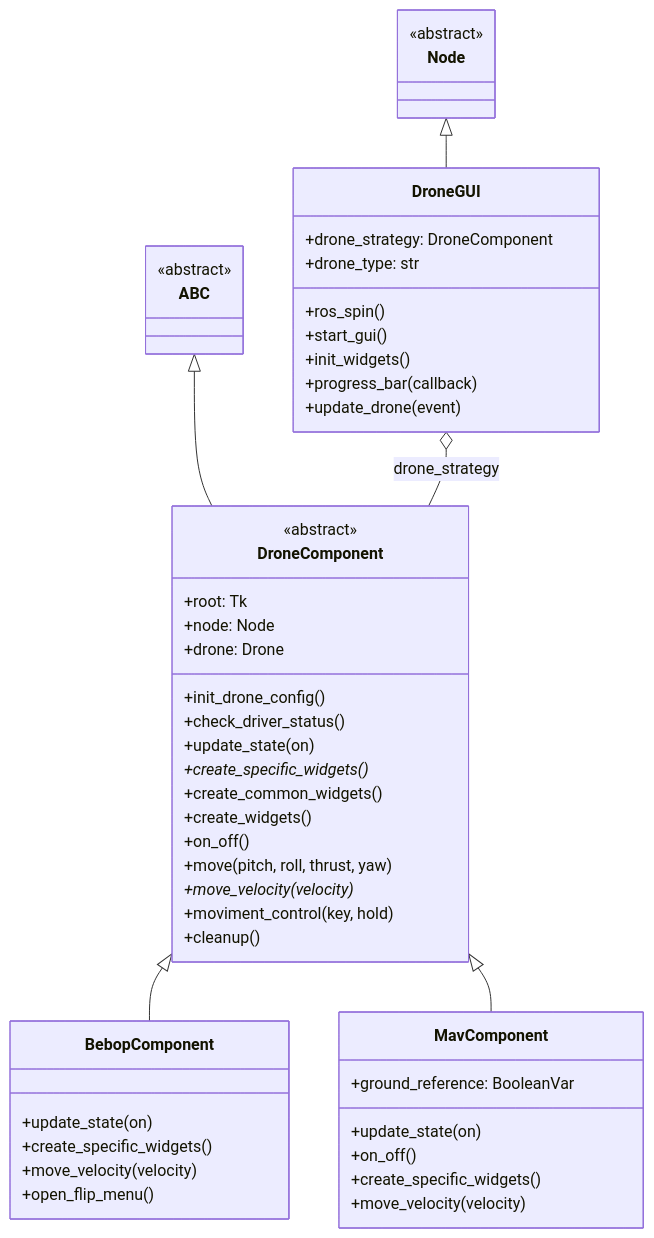
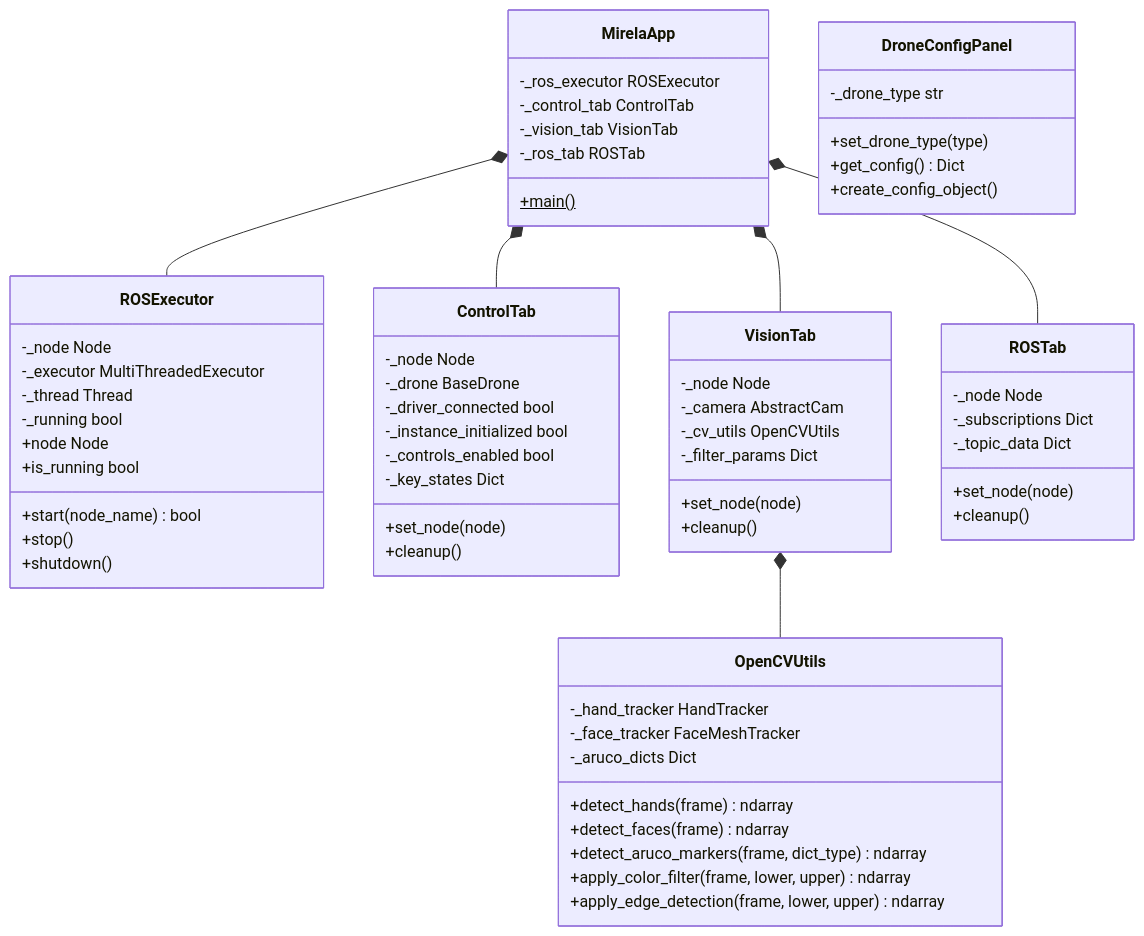
Before and after one commit to Black-Bee-Drones/nectar-sdk: the first of 3 diagrams in mirela_sdk/mirela_sdk/interface/README.md, drawn with Mermaid. The commit also changed other lines of this file, not shown here.

````diff
--- a/mirela_sdk/mirela_sdk/interface/README.md
+++ b/mirela_sdk/mirela_sdk/interface/README.md
@@ -24,59 +14,74 @@
 ```mermaid
 classDiagram
-    class Node {
-        <<abstract>>
+    class MirelaApp {
+        -_ros_executor ROSExecutor
+        -_control_tab ControlTab
+        -_vision_tab VisionTab
+        -_ros_tab ROSTab
+        +main()$
     }
     
-    class ABC {
-        <<abstract>>
+    class ROSExecutor {
+        -_node Node
+        -_executor MultiThreadedExecutor
+        -_thread Thread
+        -_running bool
+        +node Node
+        +is_running bool
+        +start(node_name) bool
+        +stop()
+        +shutdown()
     }
-    
-    class DroneComponent {
-        <<abstract>>
-        +root: Tk
-        +node: Node
-        +drone: Drone
-        +init_drone_config()
-        +check_driver_status()
-        +update_state(on)
-        +create_specific_widgets()*
-        +create_common_widgets()
-        +create_widgets()
-        +on_off()
-        +move(pitch, roll, thrust, yaw)
-        +move_velocity(velocity)*
-        +moviment_control(key, hold)
+
+    class ControlTab {
+        -_node Node
+        -_drone BaseDrone
+        -_driver_connected bool
+        -_instance_initialized bool
+        -_controls_enabled bool
+        -_key_states Dict
+        +set_node(node)
         +cleanup()
     }
 
-    class DroneGUI {
-        +drone_strategy: DroneComponent
-        +drone_type: str
-        +ros_spin()
-        +start_gui()
-        +init_widgets()
-        +progress_bar(callback)
-        +update_drone(event)
+    class DroneConfigPanel {
+        -_drone_type str
+        +set_drone_type(type)
+        +get_config() Dict
+        +create_config_object()
     }
 
-    class BebopComponent {
-        +update_state(on)
-        +create_specific_widgets()
-        +move_velocity(velocity)
-        +open_flip_menu()
-    }
-    
-    class MavComponent {
-        +ground_reference: BooleanVar
-        +update_state(on)
-        +on_off()
-        +create_specific_widgets()
-        +move_velocity(velocity)
+    class VisionTab {
+        -_node Node
+        -_camera AbstractCam
+        -_cv_utils OpenCVUtils
+        -_filter_params Dict
+        +set_node(node)
+        +cleanup()
     }
 
-    Node <|-- DroneGUI
-    ABC <|-- DroneComponent
-    DroneComponent <|-- BebopComponent
-    DroneComponent <|-- MavComponent
-    DroneGUI o-- DroneComponent : drone_strategy
+    class ROSTab {
+        -_node Node
+        -_subscriptions Dict
+        -_topic_data Dict
+        +set_node(node)
+        +cleanup()
+    }
+
+    class OpenCVUtils {
+        -_hand_tracker HandTracker
+        -_face_tracker FaceMeshTracker
+        -_aruco_dicts Dict
+        +detect_hands(frame) ndarray
+        +detect_faces(frame) ndarray
+        +detect_aruco_markers(frame, dict_type) ndarray
+        +apply_color_filter(frame, lower, upper) ndarray
+        +apply_edge_detection(frame, lower, upper) ndarray
+    }
+
+    MirelaApp *-- ROSExecutor
+    MirelaApp *-- ControlTab
+    MirelaApp *-- VisionTab
+    MirelaApp *-- ROSTab
+    VisionTab *-- OpenCVUtils
 ```
````
